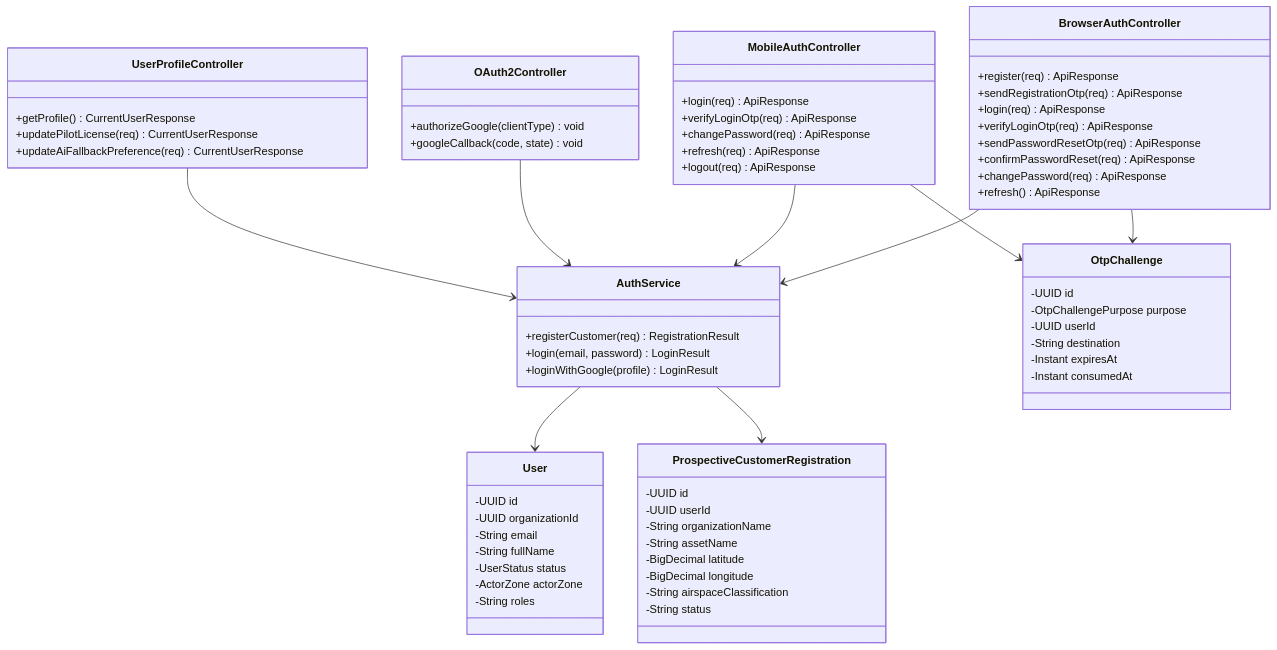
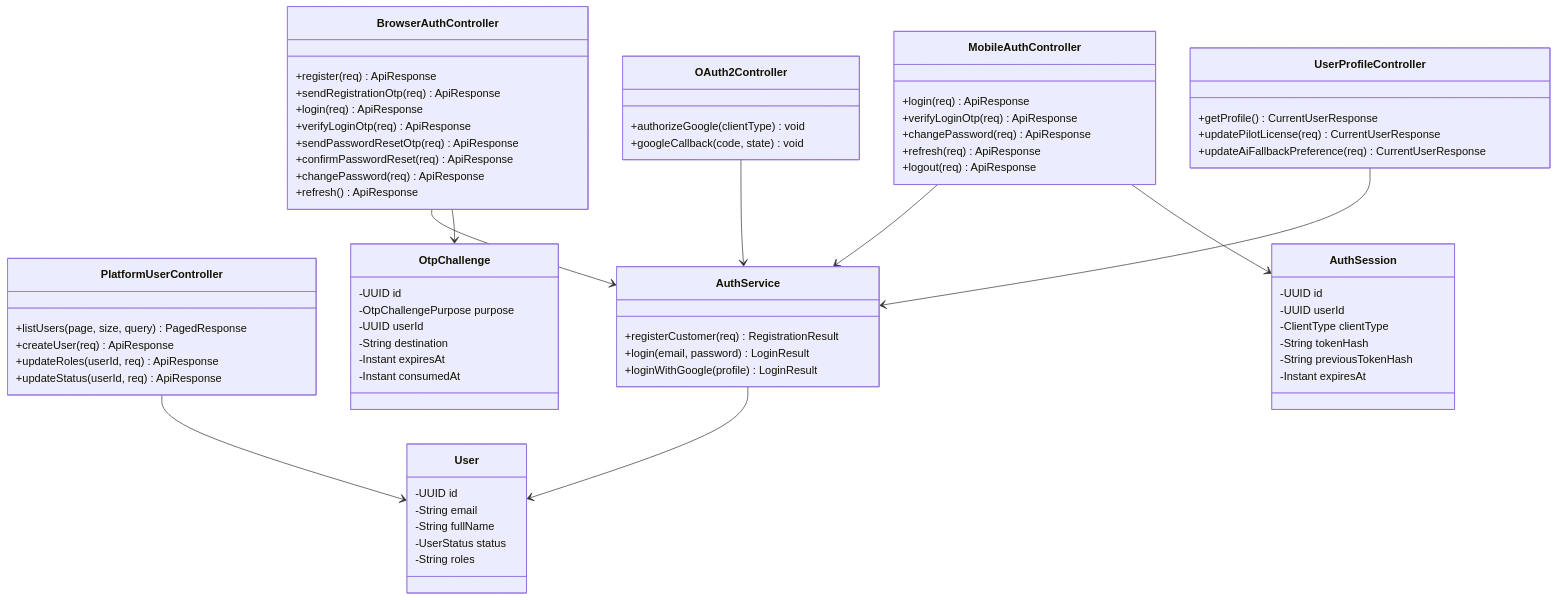
The first of 22 diagrams in reports/report-4-software-design-document/03-detailed-design.md (tungbach12/SmartDroneInspection-Docs), drawn with Mermaid before and after one commit. The commit also changed other lines of this file and 139 other files, not shown here.

Commit message:
docs(reports,diagrams): split 24-feature reports and reorganize type-specific draw.io diagrams

````diff
--- a/reports/report-4-software-design-document/03-detailed-design.md
+++ b/reports/report-4-software-design-document/03-detailed-design.md
@@ -15,70 +16,72 @@
 ```mermaid
-%% title: FE-01 Customer Registration, Sign-In and Account Access Class Diagram
+%% title: FE-01 Account Authentication, OTP and 4-Role Access Control Class Diagram
 classDiagram
   class BrowserAuthController {
     +register(req) ApiResponse
     +sendRegistrationOtp(req) ApiResponse
     +login(req) ApiResponse
     +verifyLoginOtp(req) ApiResponse
     +sendPasswordResetOtp(req) ApiResponse
     +confirmPasswordReset(req) ApiResponse
     +changePassword(req) ApiResponse
     +refresh() ApiResponse
   }
   class MobileAuthController {
     +login(req) ApiResponse
     +verifyLoginOtp(req) ApiResponse
     +changePassword(req) ApiResponse
     +refresh(req) ApiResponse
     +logout(req) ApiResponse
   }
   class OAuth2Controller {
     +authorizeGoogle(clientType) void
     +googleCallback(code, state) void
   }
   class UserProfileController {
     +getProfile() CurrentUserResponse
     +updatePilotLicense(req) CurrentUserResponse
     +updateAiFallbackPreference(req) CurrentUserResponse
   }
+  class PlatformUserController {
+    +listUsers(page, size, query) PagedResponse
+    +createUser(req) ApiResponse
+    +updateRoles(userId, req) ApiResponse
+    +updateStatus(userId, req) ApiResponse
+  }
   class AuthService {
     +registerCustomer(req) RegistrationResult
     +login(email, password) LoginResult
     +loginWithGoogle(profile) LoginResult
   }
   class User {
     -UUID id
-    -UUID organizationId
     -String email
     -String fullName
     -UserStatus status
-    -ActorZone actorZone
     -String roles
   }
   class OtpChallenge {
     -UUID id
     -OtpChallengePurpose purpose
     -UUID userId
     -String destination
     -Instant expiresAt
     -Instant consumedAt
   }
-  class ProspectiveCustomerRegistration {
+  class AuthSession {
     -UUID id
     -UUID userId
-    -String organizationName
-    -String assetName
-    -BigDecimal latitude
-    -BigDecimal longitude
-    -String airspaceClassification
-    -String status
+    -ClientType clientType
+    -String tokenHash
+    -String previousTokenHash
+    -Instant expiresAt
   }
   BrowserAuthController --> AuthService
   BrowserAuthController --> OtpChallenge
   MobileAuthController --> AuthService
-  MobileAuthController --> OtpChallenge
+  MobileAuthController --> AuthSession
   OAuth2Controller --> AuthService
   UserProfileController --> AuthService
+  PlatformUserController --> User
   AuthService --> User
-  AuthService --> ProspectiveCustomerRegistration
 ```
````
